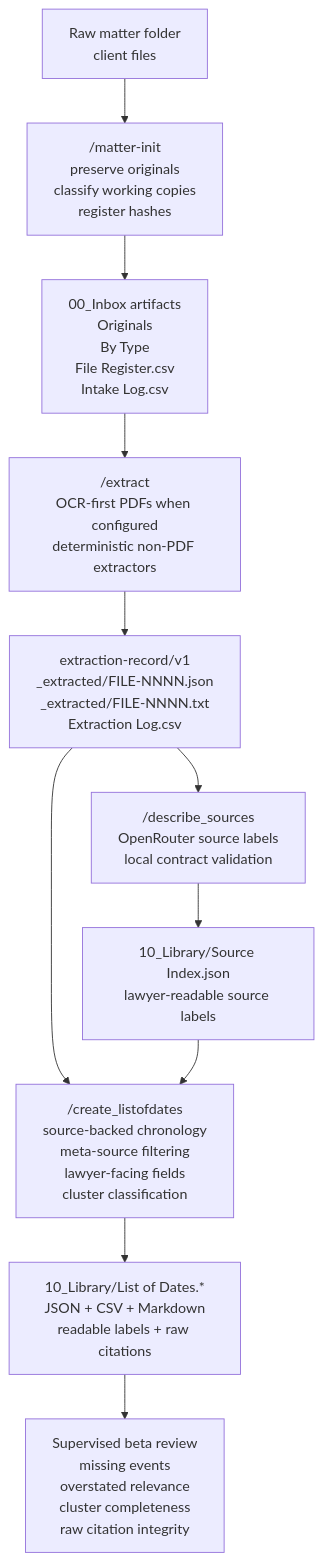
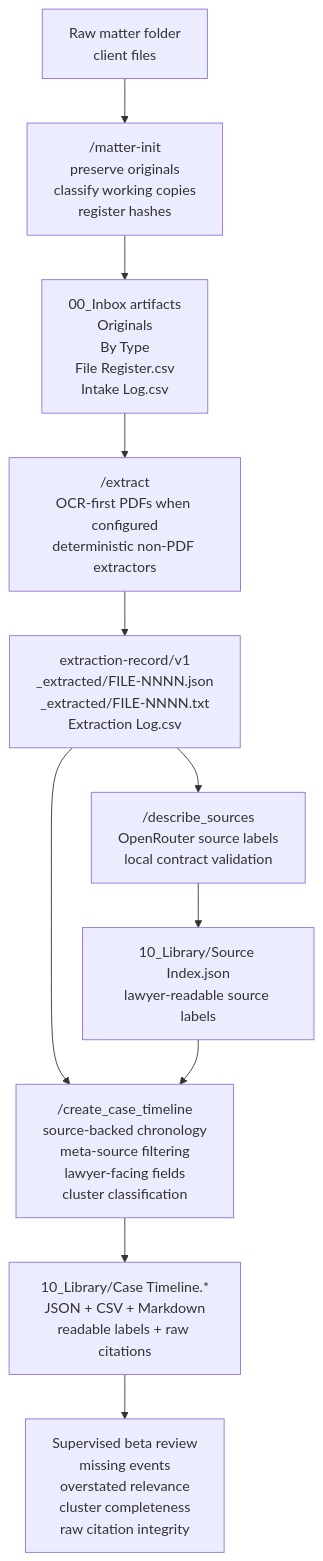
One commit to molotovsingh/matter-workbench changed the second of 3 diagrams in docs/codebase-diagram.md. Above: the diagram before and after it, drawn with Mermaid. The commit also changed other lines of this file and 169 other files, not shown here.

Commit message:
Canonicalize Case Timeline artifacts and operation

````diff
--- a/docs/codebase-diagram.md
+++ b/docs/codebase-diagram.md
@@ -263,24 +263,24 @@
 ```mermaid
 flowchart TD
   RawMatter["Raw matter folder<br/>client files"]
   MatterInit["/matter-init<br/>preserve originals<br/>classify working copies<br/>register hashes"]
   InboxArtifacts["00_Inbox artifacts<br/>Originals<br/>By Type<br/>File Register.csv<br/>Intake Log.csv"]
   Extract["/extract<br/>OCR-first PDFs when configured<br/>deterministic non-PDF extractors"]
   ExtractionRecords["extraction-record/v1<br/>_extracted/FILE-NNNN.json<br/>_extracted/FILE-NNNN.txt<br/>Extraction Log.csv"]
   DescribeSources["/describe_sources<br/>OpenRouter source labels<br/>local contract validation"]
   SourceIndex["10_Library/Source Index.json<br/>lawyer-readable source labels"]
-  CreateListOfDates["/create_listofdates<br/>source-backed chronology<br/>meta-source filtering<br/>lawyer-facing fields<br/>cluster classification"]
-  ListOfDates["10_Library/List of Dates.*<br/>JSON + CSV + Markdown<br/>readable labels + raw citations"]
+  CreateListOfDates["/create_case_timeline<br/>source-backed chronology<br/>meta-source filtering<br/>lawyer-facing fields<br/>cluster classification"]
+  ListOfDates["10_Library/Case Timeline.*<br/>JSON + CSV + Markdown<br/>readable labels + raw citations"]
   BetaReview["Supervised beta review<br/>missing events<br/>overstated relevance<br/>cluster completeness<br/>raw citation integrity"]
 
   RawMatter --> MatterInit
   MatterInit --> InboxArtifacts
   InboxArtifacts --> Extract
   Extract --> ExtractionRecords
   ExtractionRecords --> DescribeSources
   DescribeSources --> SourceIndex
   ExtractionRecords --> CreateListOfDates
   SourceIndex --> CreateListOfDates
   CreateListOfDates --> ListOfDates
   ListOfDates --> BetaReview
 ```
````
